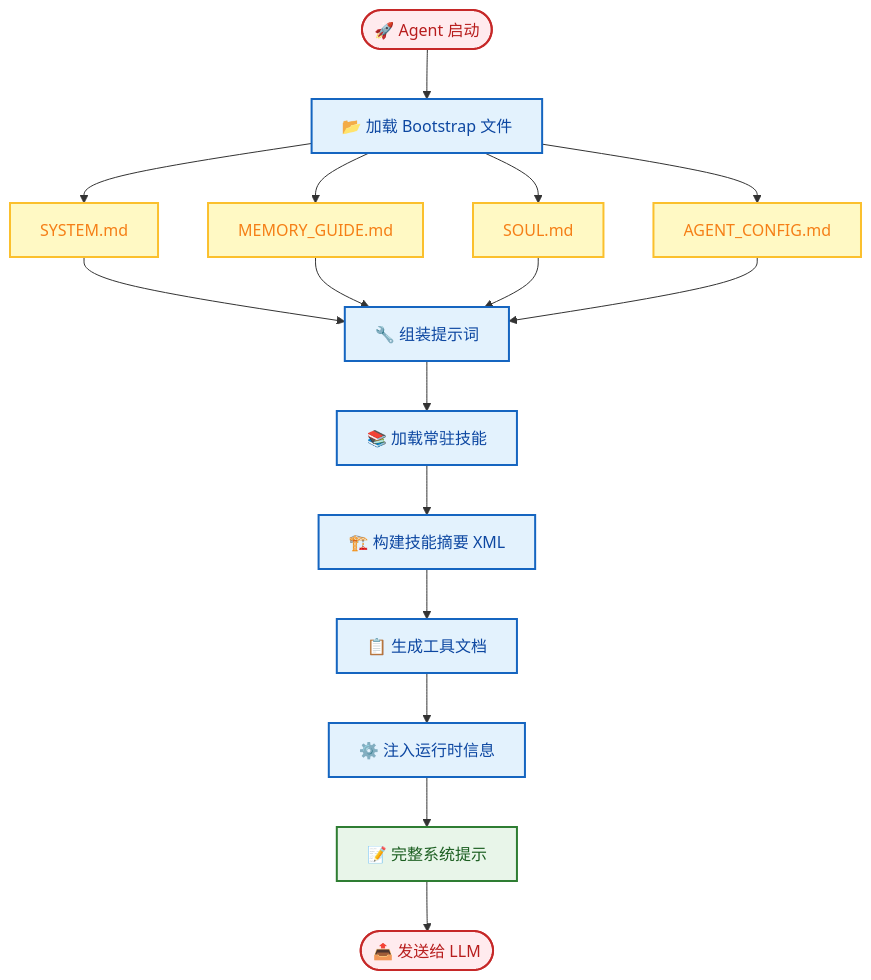
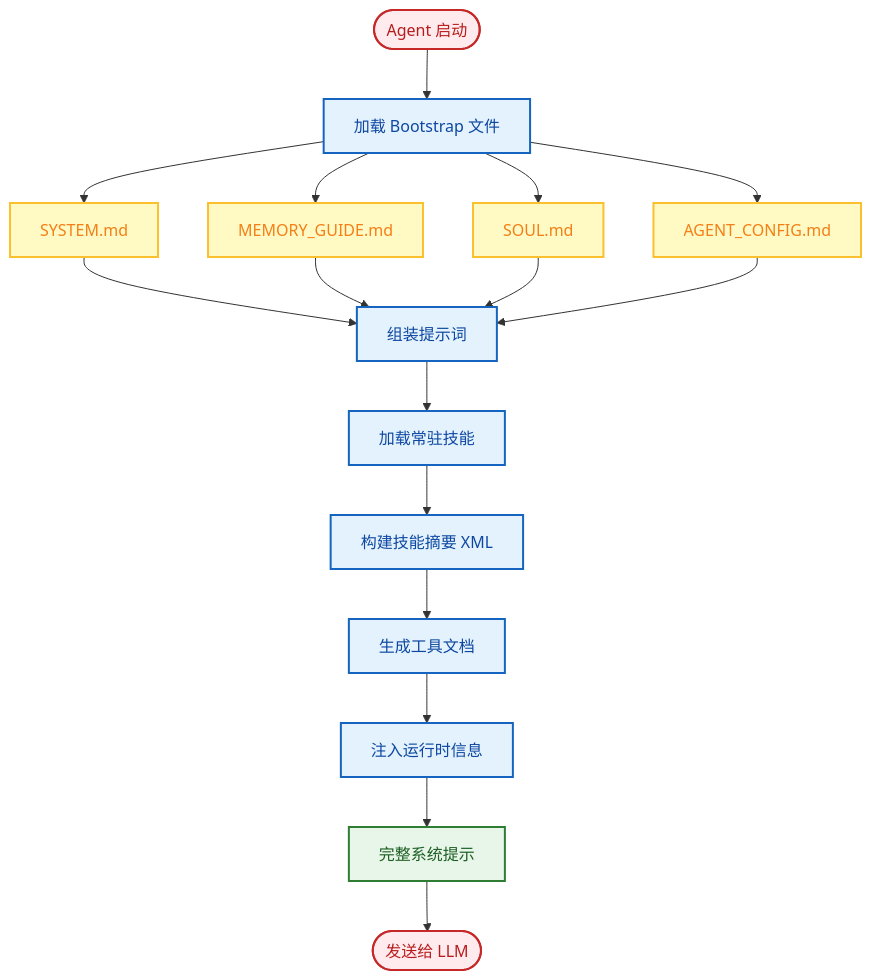
One commit to xt765/FinchBot changed the eighth of 10 diagrams in docs/zh-CN/architecture.md. Above: the diagram before and after it, drawn with Mermaid. The commit also changed other lines of this file and 18 other files, not shown here.

First line of the commit message:
docs: 简化架构图并删除所有mermaid图中的表情包

````diff
--- a/docs/zh-CN/architecture.md
+++ b/docs/zh-CN/architecture.md
@@ -731,28 +646,27 @@
 ```mermaid
 flowchart TD
-    %% 样式定义
     classDef startEnd fill:#ffebee,stroke:#c62828,stroke-width:2px,color:#b71c1c;
     classDef process fill:#e3f2fd,stroke:#1565c0,stroke-width:2px,color:#0d47a1;
     classDef file fill:#fff9c4,stroke:#fbc02d,stroke-width:2px,color:#f57f17;
     classDef output fill:#e8f5e9,stroke:#2e7d32,stroke-width:2px,color:#1b5e20;
 
-    A([🚀 Agent 启动]):::startEnd --> B[📂 加载 Bootstrap 文件]:::process
+    A([Agent 启动]):::startEnd --> B[加载 Bootstrap 文件]:::process
     
     B --> C[SYSTEM.md]:::file
     B --> D[MEMORY_GUIDE.md]:::file
     B --> E[SOUL.md]:::file
     B --> F[AGENT_CONFIG.md]:::file
 
-    C --> G[🔧 组装提示词]:::process
+    C --> G[组装提示词]:::process
     D --> G
     E --> G
     F --> G
 
-    G --> H[📚 加载常驻技能]:::process
-    H --> I[🏗️ 构建技能摘要 XML]:::process
-    I --> J[📋 生成工具文档]:::process
-    J --> K[⚙️ 注入运行时信息]:::process
-    K --> L[📝 完整系统提示]:::output
+    G --> H[加载常驻技能]:::process
+    H --> I[构建技能摘要 XML]:::process
+    I --> J[生成工具文档]:::process
+    J --> K[注入运行时信息]:::process
+    K --> L[完整系统提示]:::output
 
-    L --> M([📤 发送给 LLM]):::startEnd
+    L --> M([发送给 LLM]):::startEnd
 ```
````
